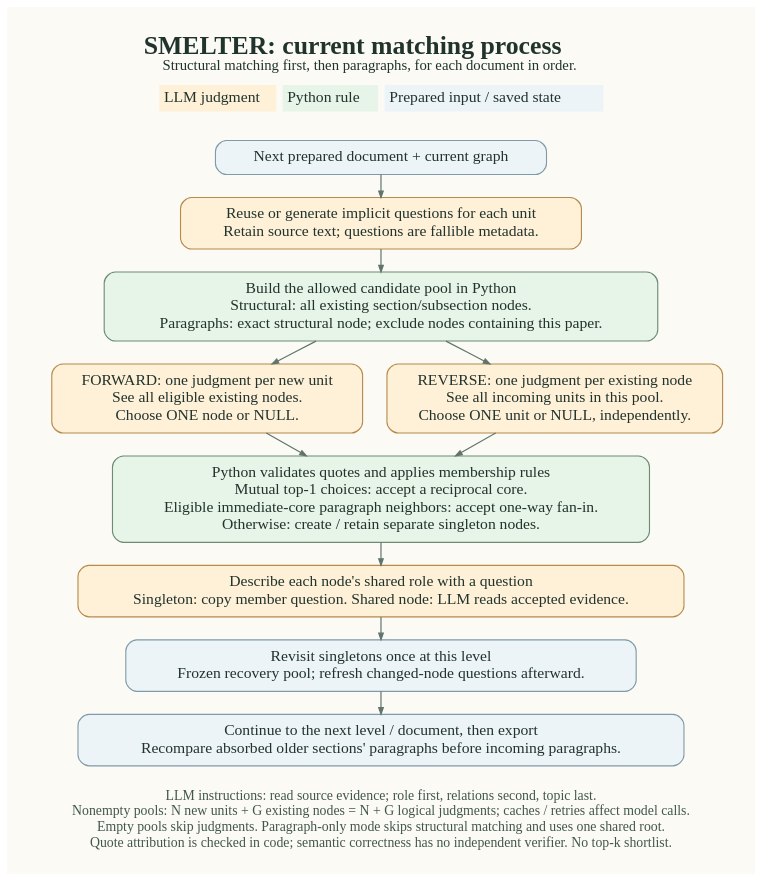
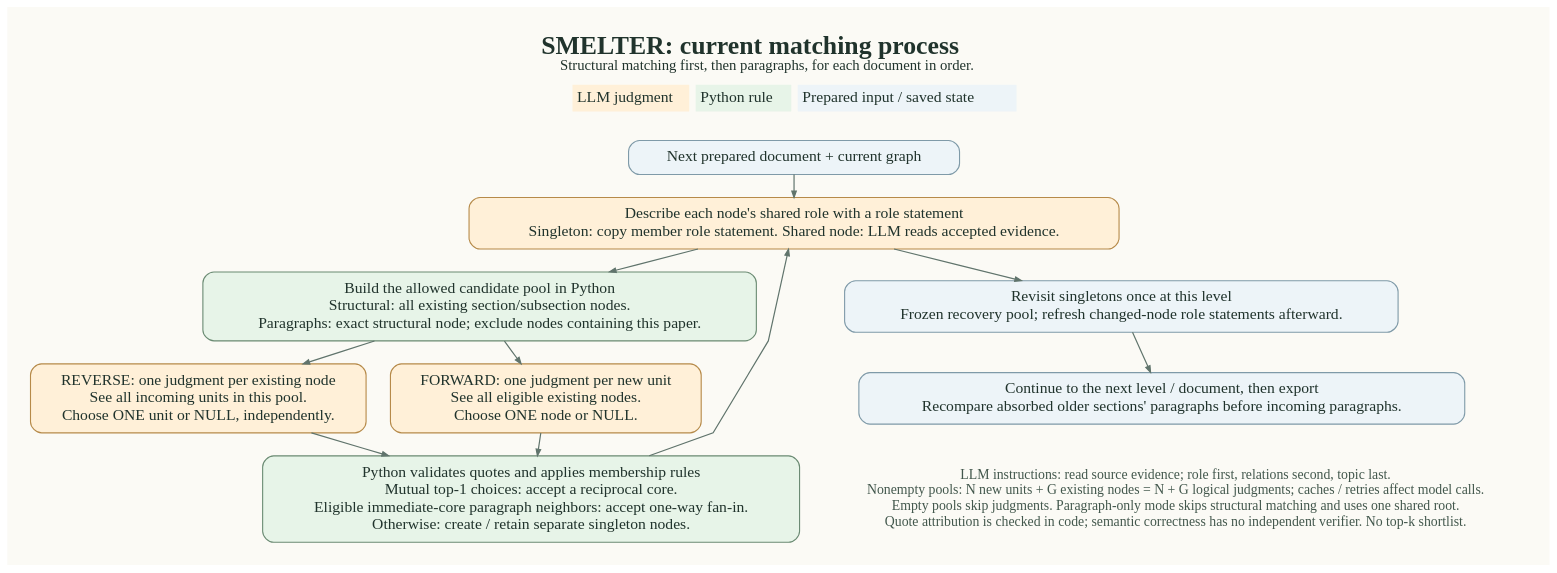
The diagram in docs/diagrams/matching-current.dot (GraceGSy/SME-prototype), drawn with Graphviz before and after one commit. The commit also changed 112 other files, not shown here.

Commit message:
Question statement to role statement

```diff
--- a/docs/diagrams/matching-current.dot
+++ b/docs/diagrams/matching-current.dot
@@ -1,42 +1,42 @@
 digraph Matching {
   graph [rankdir=TB, bgcolor="#fbfaf5", pad=0.35, nodesep=0.38, ranksep=0.35,
          splines=polyline, fontname="Georgia", fontcolor="#20332c", labelloc=t,
          label=<<FONT POINT-SIZE="28"><B>SMELTER: current matching process</B></FONT><BR/>
                 <FONT FACE="Calibri" POINT-SIZE="16">Structural matching first, then paragraphs, for each document in order.</FONT>>];
   node [shape=box, style="rounded,filled", fillcolor="#e7f4e8", color="#6b8b73",
         fontname="Calibri", fontsize=17, fontcolor="#20332c", margin="0.20,0.13", penwidth=1.2];
   edge [color="#60746c", arrowsize=0.7, penwidth=1.3, fontname="Calibri", fontsize=14,
         fontcolor="#384d43"];
 
   legend [shape=plain, style="", label=<<TABLE BORDER="0" CELLBORDER="0" CELLSPACING="7" CELLPADDING="5">
     <TR><TD BGCOLOR="#fff0d8">LLM judgment</TD><TD BGCOLOR="#e7f4e8">Python rule</TD><TD BGCOLOR="#edf4f8">Prepared input / saved state</TD></TR>
   </TABLE>>];
   input [fillcolor="#edf4f8", color="#7f9aa8",
          label="Next prepared document + current graph"];
-  questions [fillcolor="#fff0d8", color="#b68a49",
-             label="Reuse or generate implicit questions for each unit\nRetain source text; questions are fallible metadata."];
+  labels [fillcolor="#fff0d8", color="#b68a49",
+             label="Reuse or generate implicit role statements for each unit\nRetain source text; role statements are fallible metadata."];
   pool [label="Build the allowed candidate pool in Python\nStructural: all existing section/subsection nodes.\nParagraphs: exact structural node; exclude nodes containing this paper."];
   forward [fillcolor="#fff0d8", color="#b68a49",
            label="FORWARD: one judgment per new unit\nSee all eligible existing nodes.\nChoose ONE node or NULL."];
   reverse [fillcolor="#fff0d8", color="#b68a49",
            label="REVERSE: one judgment per existing node\nSee all incoming units in this pool.\nChoose ONE unit or NULL, independently."];
   accept [label="Python validates quotes and applies membership rules\nMutual top-1 choices: accept a reciprocal core.\nEligible immediate-core paragraph neighbors: accept one-way fan-in.\nOtherwise: create / retain separate singleton nodes."];
   labels [fillcolor="#fff0d8", color="#b68a49",
-          label="Describe each node's shared role with a question\nSingleton: copy member question. Shared node: LLM reads accepted evidence."];
+          label="Describe each node's shared role with a role statement\nSingleton: copy member role statement. Shared node: LLM reads accepted evidence."];
   recovery [fillcolor="#edf4f8", color="#7f9aa8",
-            label="Revisit singletons once at this level\nFrozen recovery pool; refresh changed-node questions afterward."];
+            label="Revisit singletons once at this level\nFrozen recovery pool; refresh changed-node role statements afterward."];
   next [fillcolor="#edf4f8", color="#7f9aa8",
         label="Continue to the next level / document, then export\nRecompare absorbed older sections' paragraphs before incoming paragraphs."];
   notes [shape=plain, style="", fontname="Calibri", fontsize=15, fontcolor="#42574c",
          label="LLM instructions: read source evidence; role first, relations second, topic last.\nNonempty pools: N new units + G existing nodes = N + G logical judgments; caches / retries affect model calls.\nEmpty pools skip judgments. Paragraph-only mode skips structural matching and uses one shared root.\nQuote attribution is checked in code; semantic correctness has no independent verifier. No top-k shortlist."];
 
   legend -> input [style=invis];
-  input -> questions -> pool;
+  input -> labels -> pool;
   pool -> forward;
   pool -> reverse;
   {rank=same; forward; reverse;}
   forward -> accept;
   reverse -> accept;
   accept -> labels -> recovery -> next;
   next -> notes [style=invis];
 }
```
